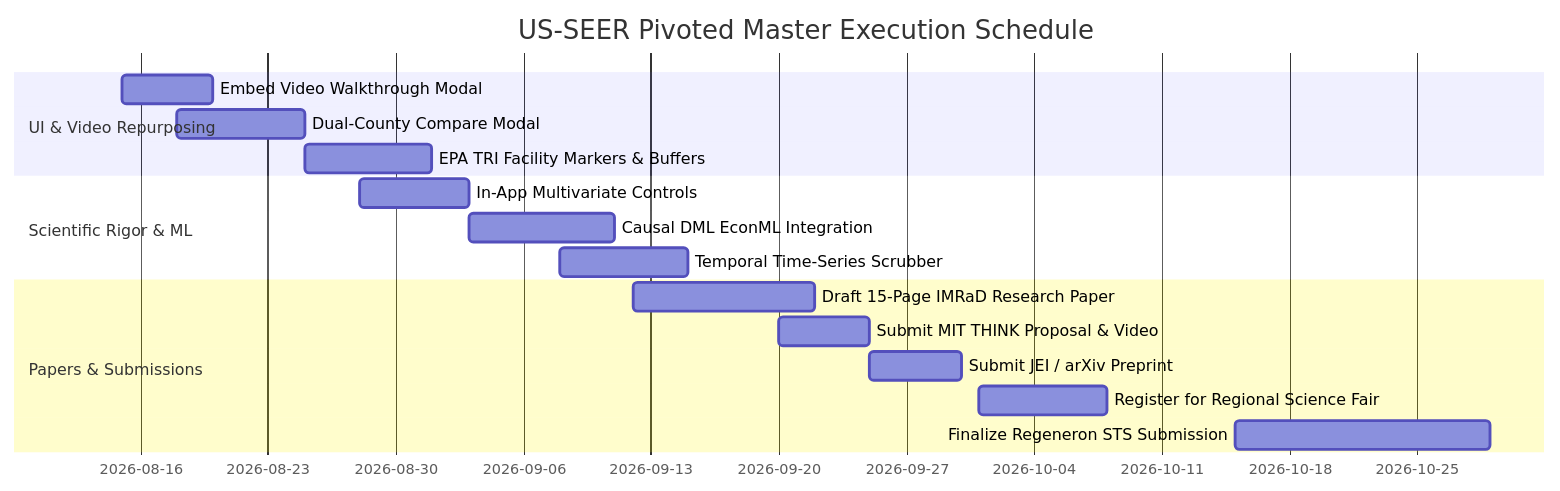
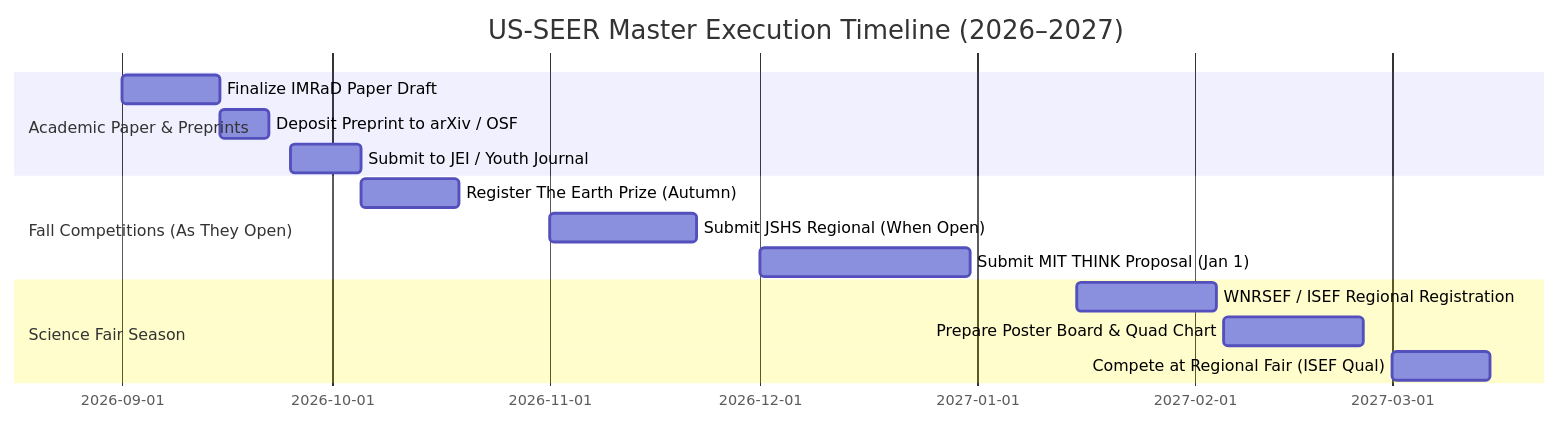
Before and after one commit to RushilMahadevu/us-seer: the third of 3 diagrams in NEXT_STEPS.md, drawn with Mermaid. The commit also changed other lines of this file and 6 other files, not shown here.

````diff
--- a/NEXT_STEPS.md
+++ b/NEXT_STEPS.md
@@ -192,19 +134,17 @@
 ```mermaid
 gantt
-    title US-SEER Pivoted Master Execution Schedule
+    title US-SEER Master Execution Timeline (2026–2027)
     dateFormat  YYYY-MM-DD
-    section UI & Video Repurposing
-    Embed Video Walkthrough Modal        :a1, 2026-08-15, 5d
-    Dual-County Compare Modal            :a2, 2026-08-18, 7d
-    EPA TRI Facility Markers & Buffers   :a3, 2026-08-25, 7d
-    section Scientific Rigor & ML
-    In-App Multivariate Controls        :b1, 2026-08-28, 6d
-    Causal DML EconML Integration        :b2, 2026-09-03, 8d
-    Temporal Time-Series Scrubber        :b3, 2026-09-08, 7d
-    section Papers & Submissions
-    Draft 15-Page IMRaD Research Paper   :c1, 2026-09-12, 10d
-    Submit MIT THINK Proposal & Video    :c2, 2026-09-20, 5d
-    Submit JEI / arXiv Preprint          :c3, 2026-09-25, 5d
-    Register for Regional Science Fair   :c4, 2026-10-01, 7d
-    Finalize Regeneron STS Submission    :c5, 2026-10-15, 14d
+    section Academic Paper & Preprints
+    Finalize IMRaD Paper Draft           :c1, 2026-09-01, 14d
+    Deposit Preprint to arXiv / OSF      :c2, 2026-09-15, 7d
+    Submit to JEI / Youth Journal        :c3, 2026-09-25, 10d
+    section Fall Competitions (As They Open)
+    Register The Earth Prize (Autumn)    :d1, 2026-10-05, 14d
+    Submit JSHS Regional (When Open)     :d2, 2026-11-01, 21d
+    Submit MIT THINK Proposal (Jan 1)    :d3, 2026-12-01, 30d
+    section Science Fair Season
+    WNRSEF / ISEF Regional Registration :e1, 2027-01-15, 20d
+    Prepare Poster Board & Quad Chart    :e2, 2027-02-05, 20d
+    Compete at Regional Fair (ISEF Qual) :e3, 2027-03-01, 14d
 ```
````
